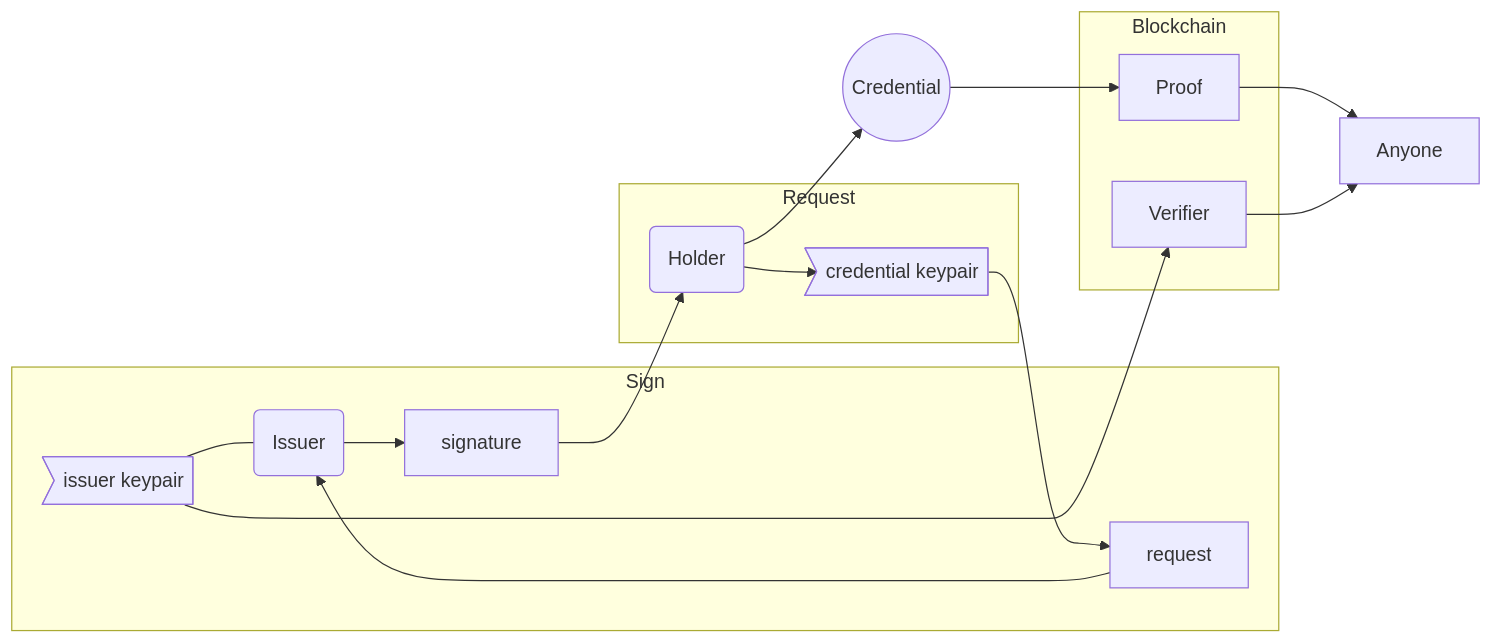
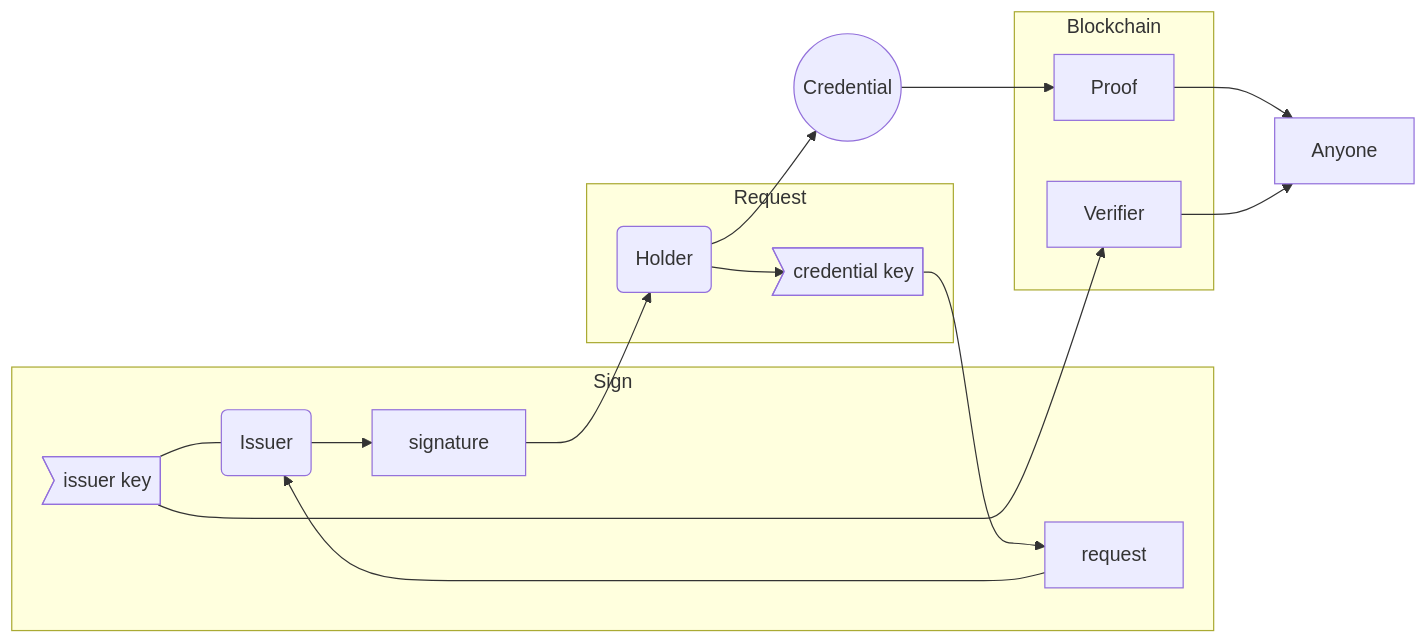
One commit to dyne/Zenroom changed the first of 2 diagrams in docs/pages/zencode-scenario-credentials.md. Above: the diagram before and after it, drawn with Mermaid. The commit also changed other lines of this file and 36 other files, not shown here.

````diff
--- a/docs/pages/zencode-scenario-credentials.md
+++ b/docs/pages/zencode-scenario-credentials.md
@@ -69,21 +52,21 @@
 ```mermaid
 graph LR
           subgraph Sign
-                           iKP>issuer keypair] --- I(Issuer)
+                           iKP>issuer key] --- I(Issuer)
                            hRQ --> I
                            I --> iSIG
           end
           subgraph Blockchain
                            iKP --> Verifier
                            Proof
           end
           subgraph Request
-                           H --> hKP> credential keypair ]
+                           H --> hKP> credential key]
                            hKP --> hRQ[request]
           end
           iSIG[signature] --> H(Holder)
           H --> CRED(( Credential ))
           CRED --> Proof
           Proof --> Anyone
       Verifier --> Anyone
 ```
````
